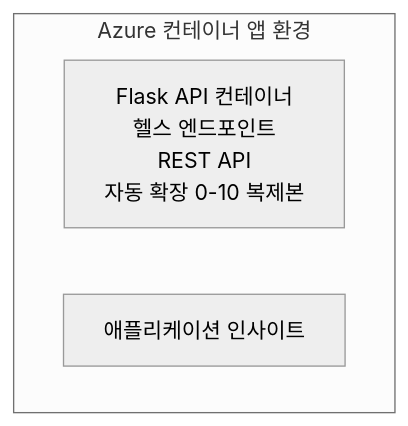
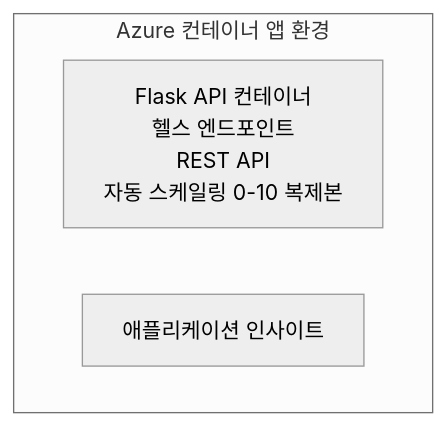
Before and after one commit to microsoft/AZD-for-beginners: the diagram in translations/ko/examples/container-app/simple-flask-api/README.md, drawn with Mermaid (neutral theme). The commit also changed other lines of this file and 104 other files, not shown here.

````diff
--- a/translations/ko/examples/container-app/simple-flask-api/README.md
+++ b/translations/ko/examples/container-app/simple-flask-api/README.md
@@ -26,7 +26,7 @@
 ```mermaid
 graph TD
     subgraph ACA[Azure 컨테이너 앱 환경]
-        Flask[Flask API 컨테이너<br/>헬스 엔드포인트<br/>REST API<br/>자동 확장 0-10 복제본]
+        Flask[Flask API 컨테이너<br/>헬스 엔드포인트<br/>REST API<br/>자동 스케일링 0-10 복제본]
         AppInsights[애플리케이션 인사이트]
     end
 ```
````
